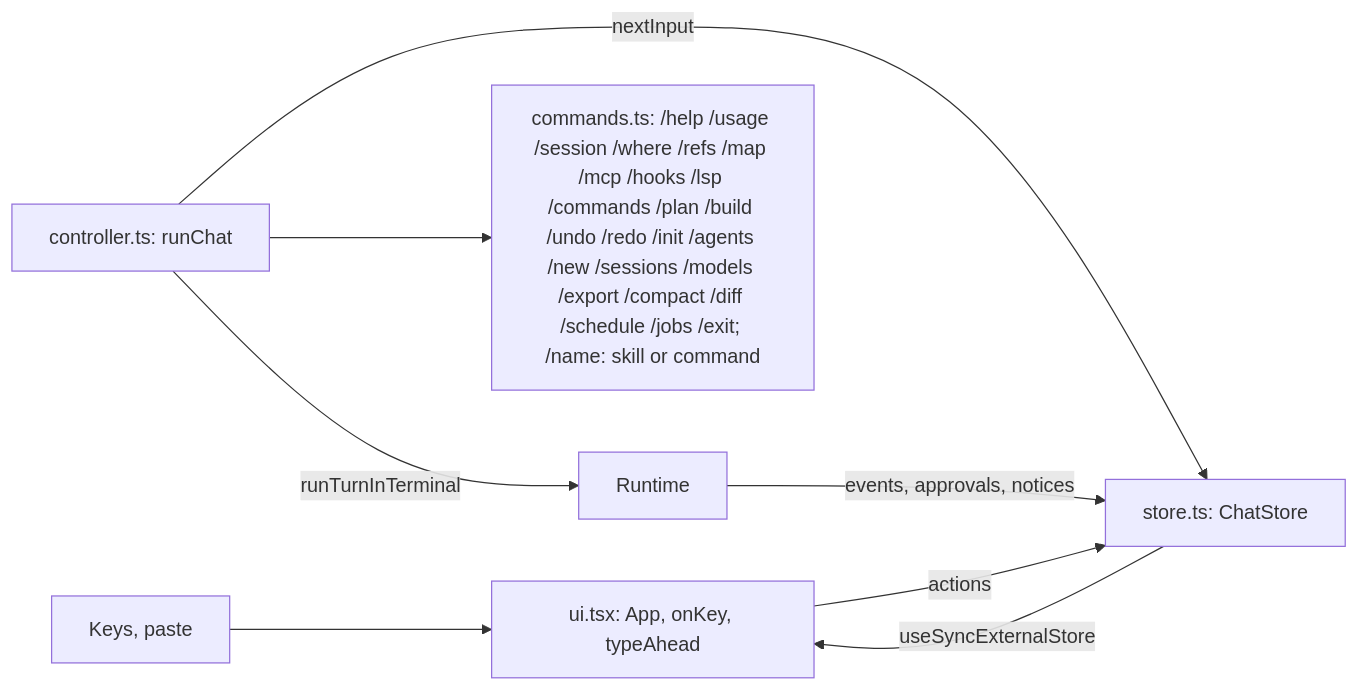
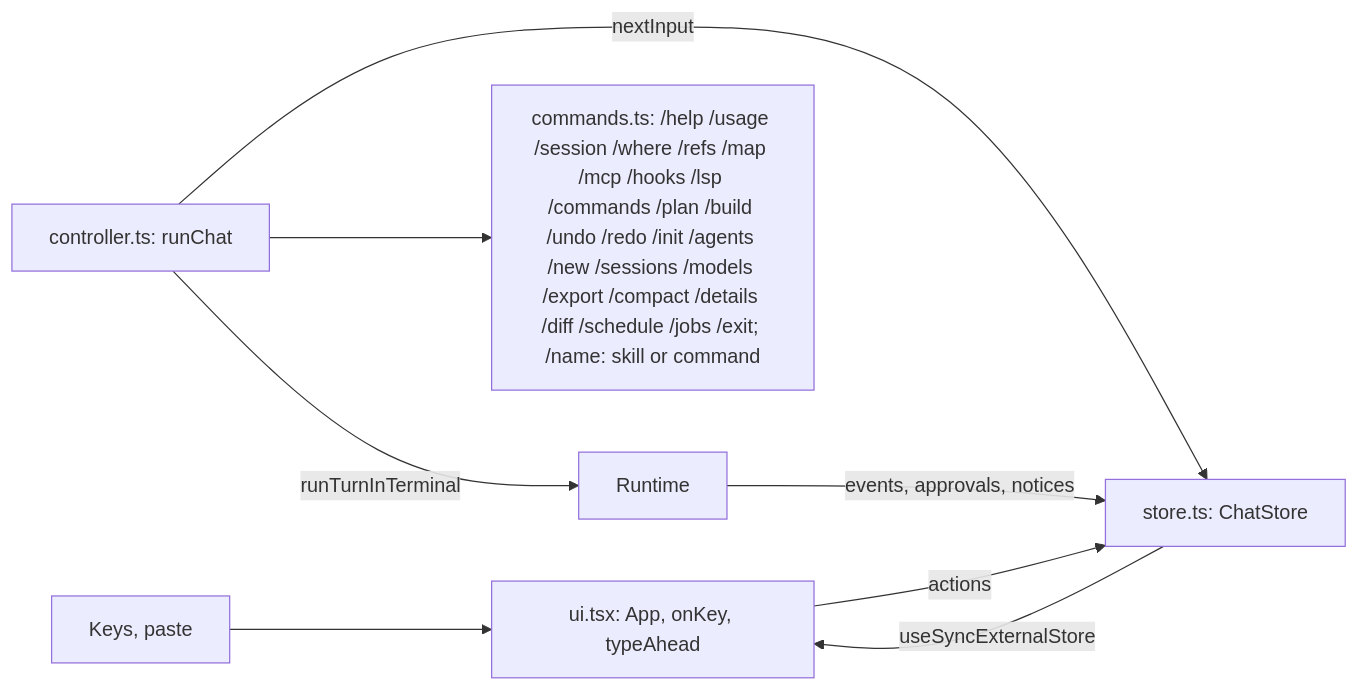
One commit to madhu-sv/garuda changed the diagram in docs/lld/cli.md. Above: the diagram before and after it, drawn with Mermaid. The commit also changed other lines of this file and 13 other files, not shown here.

````diff
--- a/docs/lld/cli.md
+++ b/docs/lld/cli.md
@@ -137,10 +137,10 @@
 ```mermaid
 flowchart LR
   keys[Keys, paste] --> ui[ui.tsx: App, onKey, typeAhead]
   ui -->|actions| store[store.ts: ChatStore]
   store -->|useSyncExternalStore| ui
   ctrl[controller.ts: runChat] -->|nextInput| store
-  ctrl --> cmds[commands.ts: /help /usage /session /where /refs /map /mcp /hooks /lsp /commands /plan /build /undo /redo /init /agents /new /sessions /models /export /compact /diff /schedule /jobs /exit; /name: skill or command]
+  ctrl --> cmds[commands.ts: /help /usage /session /where /refs /map /mcp /hooks /lsp /commands /plan /build /undo /redo /init /agents /new /sessions /models /export /compact /details /diff /schedule /jobs /exit; /name: skill or command]
   ctrl -->|runTurnInTerminal| rt[Runtime]
   rt -->|events, approvals, notices| store
 ```
````
